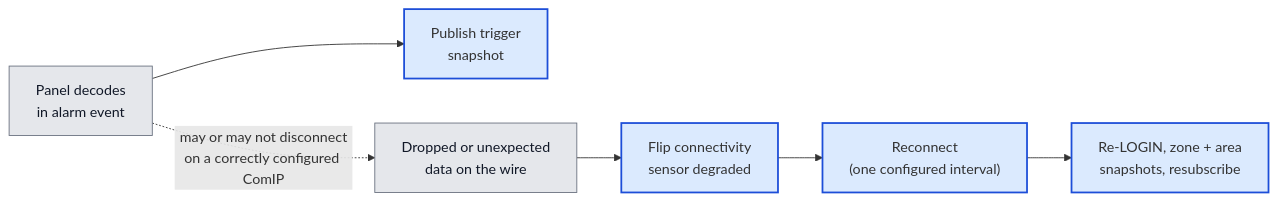
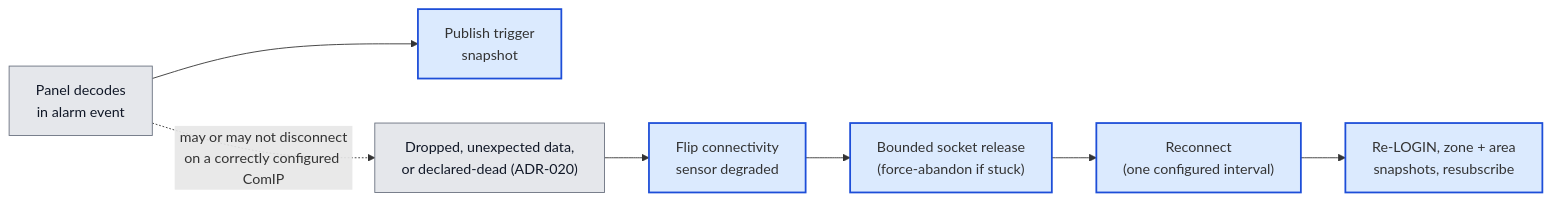
Before and after one commit to michaelmarconi/texecom_alarm: the sixth of 7 diagrams in docs/architecture.md, drawn with Mermaid. The commit also changed other lines of this file and 2 other files, not shown here.

First line of the commit message:
docs(adr): record ADR-020 (scheduled check-ins, patience window, bounded release)

````diff
--- a/docs/architecture.md
+++ b/docs/architecture.md
@@ -530,16 +581,17 @@
 ```mermaid
 flowchart LR
     Trigger["Panel decodes<br/>in alarm event"]:::external
     Snap["Publish trigger<br/>snapshot"]:::owned
-    Fault["Dropped or unexpected<br/>data on the wire"]:::external
+    Fault["Dropped, unexpected data,<br/>or declared-dead (ADR-020)"]:::external
     Degrade["Flip connectivity<br/>sensor degraded"]:::owned
+    Release["Bounded socket release<br/>(force-abandon if stuck)"]:::owned
     Reconnect["Reconnect<br/>(one configured interval)"]:::owned
     Resume["Re-LOGIN, zone + area<br/>snapshots, resubscribe"]:::owned
 
     Trigger --> Snap
     Trigger -.->|may or may not disconnect<br/>on a correctly configured ComIP| Fault
-    Fault --> Degrade --> Reconnect --> Resume
+    Fault --> Degrade --> Release --> Reconnect --> Resume
 
     classDef owned fill:#dbeafe,stroke:#1d4ed8,stroke-width:2px
     classDef external fill:#e5e7eb,stroke:#6b7280,color:#111827
 ```
````
